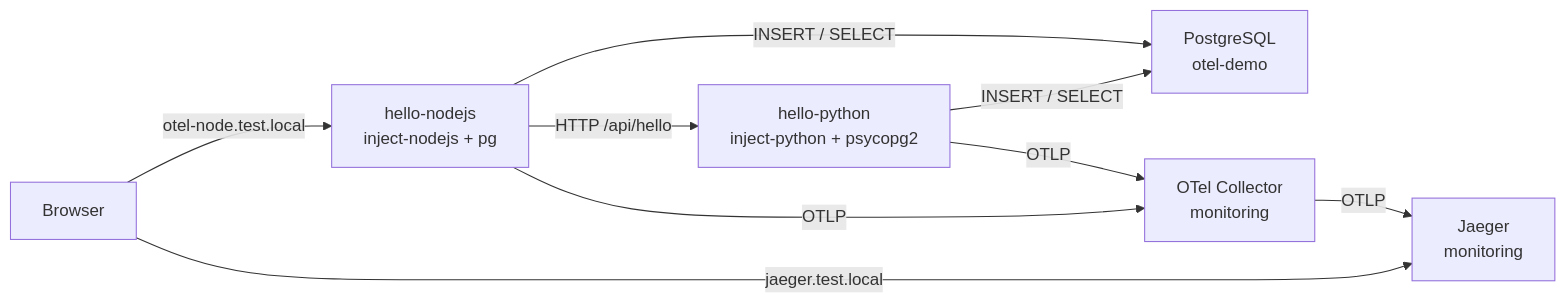
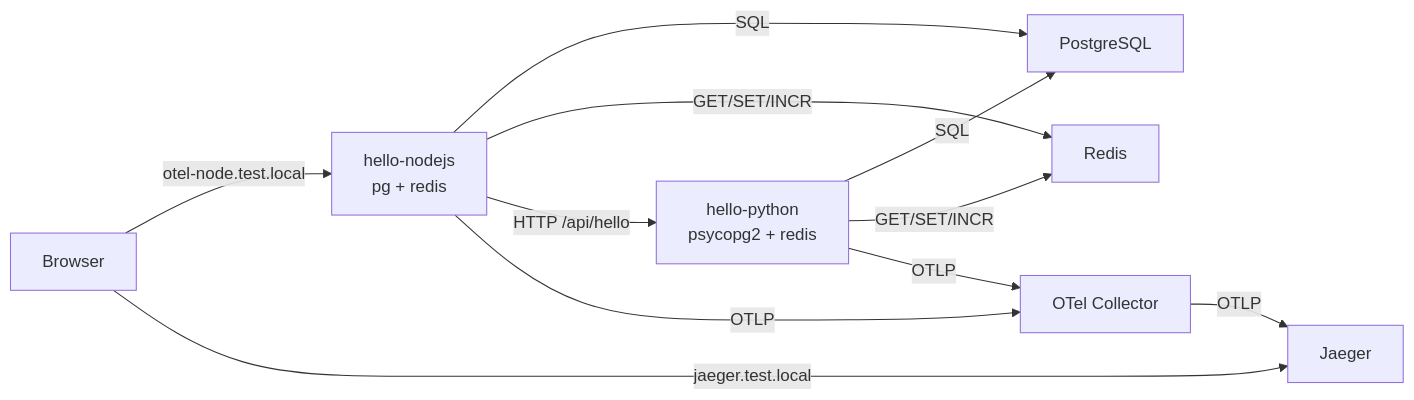
Before and after one commit to youssefshibl/k8s-labs: the diagram in lab7/README.md, drawn with Mermaid. The commit also changed other lines of this file and 1 other file, not shown here.

Commit message:
Enhance Lab 7 README and test-services configuration to include Redis integration
Update the Lab 7 documentation to reflect the addition of Redis alongside PostgreSQL in the auto-instrumented demo applications. Modify architecture diagrams and distributed trace descriptions to incorporate Redis operations. Add Redis deployment and service configurations in `test-services.yml`, and update Python and Node.js applications to utilize Redis for caching and data retrieval. Ensure clarity in setup instructions and enhance the overall architecture overview.

````diff
--- a/lab7/README.md
+++ b/lab7/README.md
@@ -18,18 +18,21 @@
 ```mermaid
 flowchart LR
   Browser["Browser"]
-  Node["hello-nodejs<br/>inject-nodejs + pg"]
-  Py["hello-python<br/>inject-python + psycopg2"]
-  DB["PostgreSQL<br/>otel-demo"]
-  Coll["OTel Collector<br/>monitoring"]
-  Jaeger["Jaeger<br/>monitoring"]
+  Node["hello-nodejs<br/>pg + redis"]
+  Py["hello-python<br/>psycopg2 + redis"]
+  DB["PostgreSQL"]
+  Redis["Redis"]
+  Coll["OTel Collector"]
+  Jaeger["Jaeger"]
 
   Browser -->|otel-node.test.local| Node
-  Node -->|INSERT / SELECT| DB
+  Node -->|SQL| DB
+  Node -->|GET/SET/INCR| Redis
   Node -->|HTTP /api/hello| Py
-  Py -->|INSERT / SELECT| DB
+  Py -->|SQL| DB
+  Py -->|GET/SET/INCR| Redis
   Node -->|OTLP| Coll
   Py -->|OTLP| Coll
   Coll -->|OTLP| Jaeger
   Browser -->|jaeger.test.local| Jaeger
 ```
````
